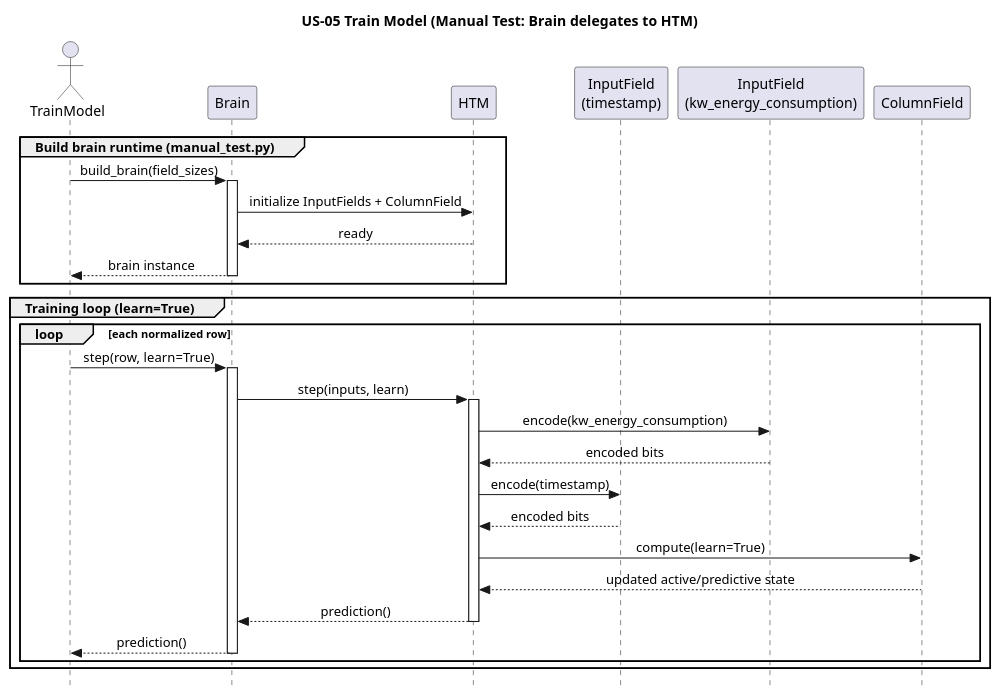
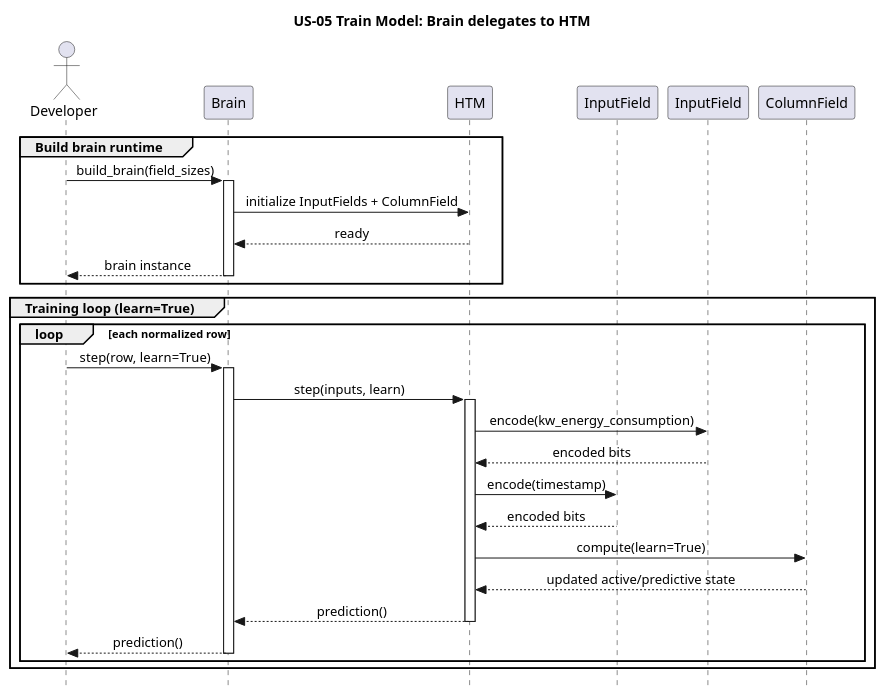
Before and after one commit to egrembocki/htmrl: the diagram in docs/puml/US/us-05.puml, drawn with PlantUML. The commit also changed 3 other files, not shown here.

```diff
--- a/docs/puml/US/us-05.puml
+++ b/docs/puml/US/us-05.puml
@@ -1,45 +1,45 @@
 @startuml
 skinparam style strictuml
 skinparam sequenceMessageAlign center
 skinparam responseMessageBelowArrow true
-title US-05 Train Model (Manual Test: Brain delegates to HTM)
+title US-05 Train Model: Brain delegates to HTM
 
-actor TrainModel
+actor Developer
 participant "Brain" as B
 participant "HTM" as H
-participant "InputField\n(timestamp)" as IFTS
-participant "InputField\n(kw_energy_consumption)" as IFKWH
+participant "InputField" as IFTS
+participant "InputField" as IFKWH
 participant "ColumnField" as CF
 
-group Build brain runtime (manual_test.py)
-  TrainModel -> B: build_brain(field_sizes)
+group Build brain runtime
+  Developer -> B: build_brain(field_sizes)
   activate B
   B -> H: initialize InputFields + ColumnField
   H --> B: ready
-  B --> TrainModel: brain instance
+  B --> Developer: brain instance
   deactivate B
 end
 
 group Training loop (learn=True)
   loop each normalized row
-    TrainModel -> B: step(row, learn=True)
+    Developer -> B: step(row, learn=True)
     activate B
     B -> H: step(inputs, learn)
     activate H
 
     H -> IFKWH: encode(kw_energy_consumption)
     IFKWH --> H: encoded bits
 
     H -> IFTS: encode(timestamp)
     IFTS --> H: encoded bits
 
     H -> CF: compute(learn=True)
     CF --> H: updated active/predictive state
 
     H --> B: prediction()
     deactivate H
-    B --> TrainModel: prediction()
+    B --> Developer: prediction()
     deactivate B
   end
 end
 @enduml
```
